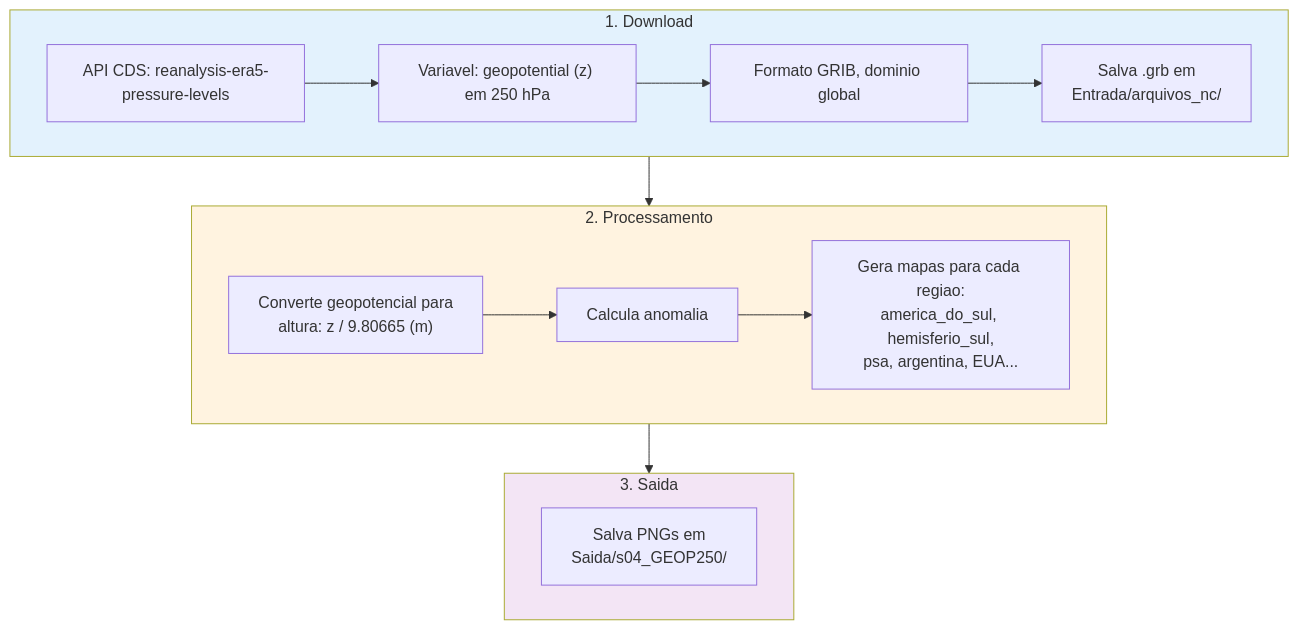
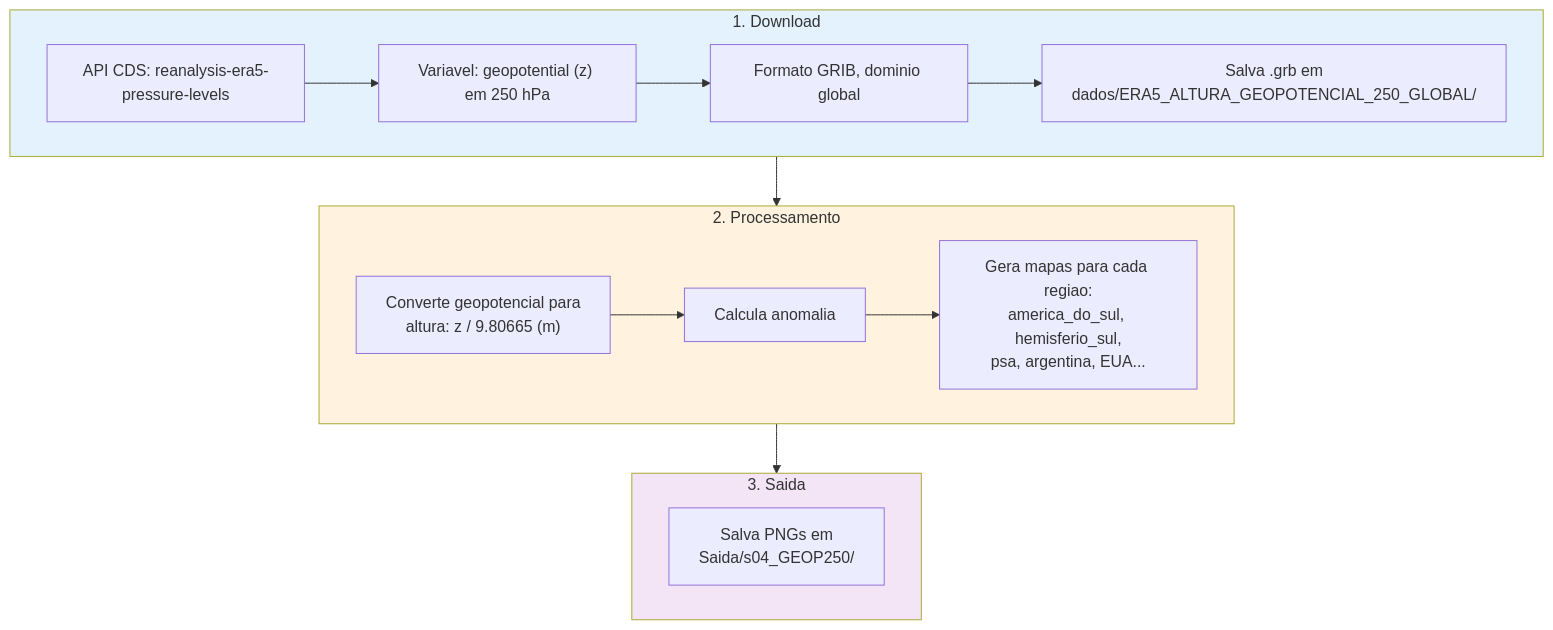
The third of 5 diagrams in README.md (capucinbruno/campos_e_graficos_artigos_cientificos), drawn with Mermaid before and after one commit. The commit also changed other lines of this file and 23 other files, not shown here.

````diff
--- a/README.md
+++ b/README.md
@@ -137,23 +138,23 @@
 ```mermaid
 flowchart TD
     subgraph download ["1. Download"]
         A1["API CDS: reanalysis-era5-pressure-levels"] --> A2["Variavel: geopotential (z) em 250 hPa"]
         A2 --> A3["Formato GRIB, dominio global"]
-        A3 --> A4["Salva .grb em<br/>Entrada/arquivos_nc/"]
+        A3 --> A4["Salva .grb em<br/>dados/ERA5_ALTURA_GEOPOTENCIAL_250_GLOBAL/"]
     end
 
     subgraph process ["2. Processamento"]
         B1["Converte geopotencial para<br/>altura: z / 9.80665 (m)"] --> B2["Calcula anomalia"]
         B2 --> B3["Gera mapas para cada regiao:<br/>america_do_sul, hemisferio_sul,<br/>psa, argentina, EUA..."]
     end
 
     subgraph output ["3. Saida"]
         C1["Salva PNGs em<br/>Saida/s04_GEOP250/"]
     end
 
     download --> process --> output
 
     style download fill:#E3F2FD
     style process fill:#FFF3E0
     style output fill:#F3E5F5
 ```
````
